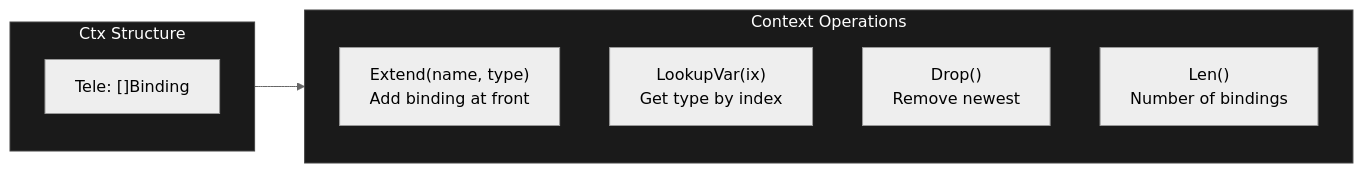
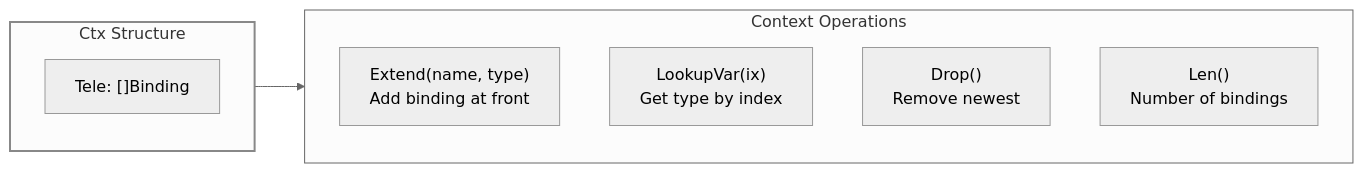
One commit to watchthelight/HypergraphGo changed diagram 22 of 26 in DIAGRAMS.md. Above: the diagram before and after it, drawn with Mermaid (neutral theme). The commit also changed other lines of this file and 1 other file, not shown here.

Commit message:
Diagram updates

````diff
--- a/DIAGRAMS.md
+++ b/DIAGRAMS.md
@@ -1236,18 +1486,18 @@
 ```mermaid
 flowchart LR
     subgraph Ctx["Ctx Structure"]
         Tele["Tele: []Binding"]
     end
 
     subgraph Operations["Context Operations"]
         Extend["Extend(name, type)<br/>Add binding at front"]
         Lookup["LookupVar(ix)<br/>Get type by index"]
         Drop["Drop()<br/>Remove newest"]
         Len["Len()<br/>Number of bindings"]
     end
 
     Ctx --> Operations
 
-    style Ctx fill:#1a1a1a,stroke:#444,color:#fff
-    style Operations fill:#1a1a1a,stroke:#444,color:#fff
+    style Ctx stroke:#888,stroke-width:2px
+    style Operations stroke:#666
 ```
````
